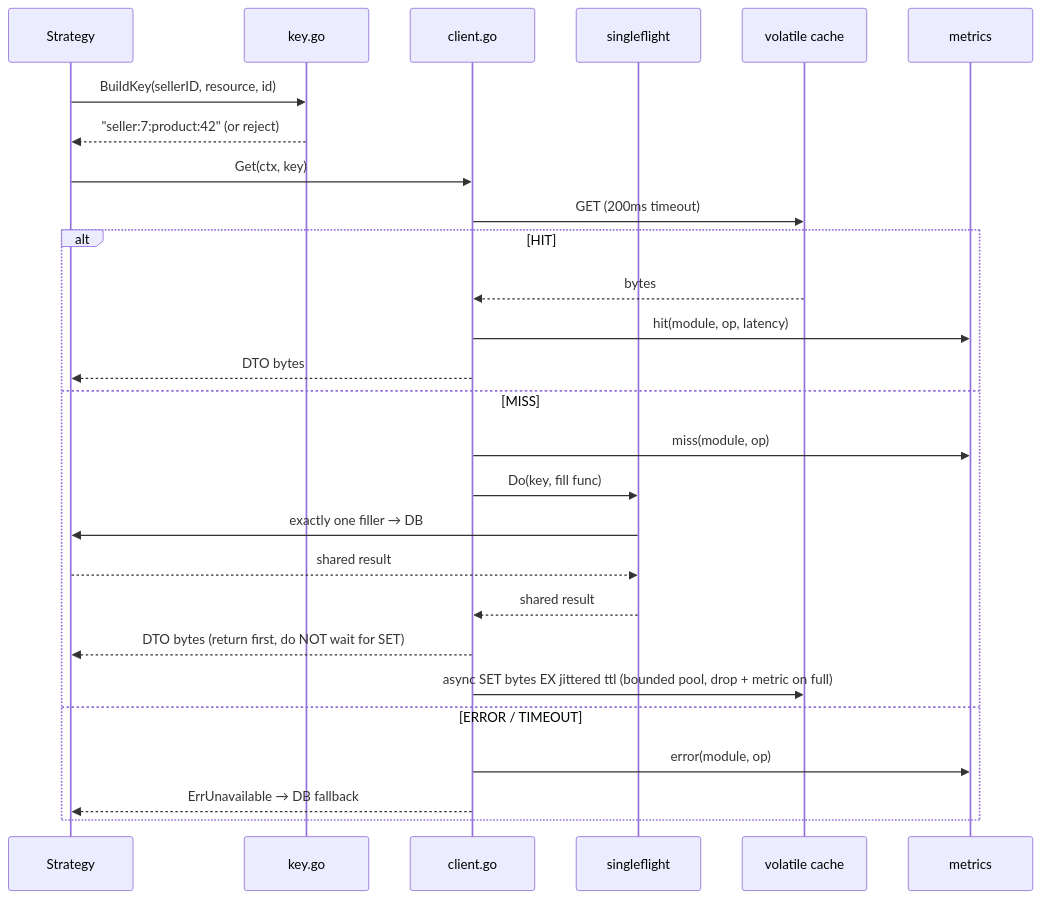
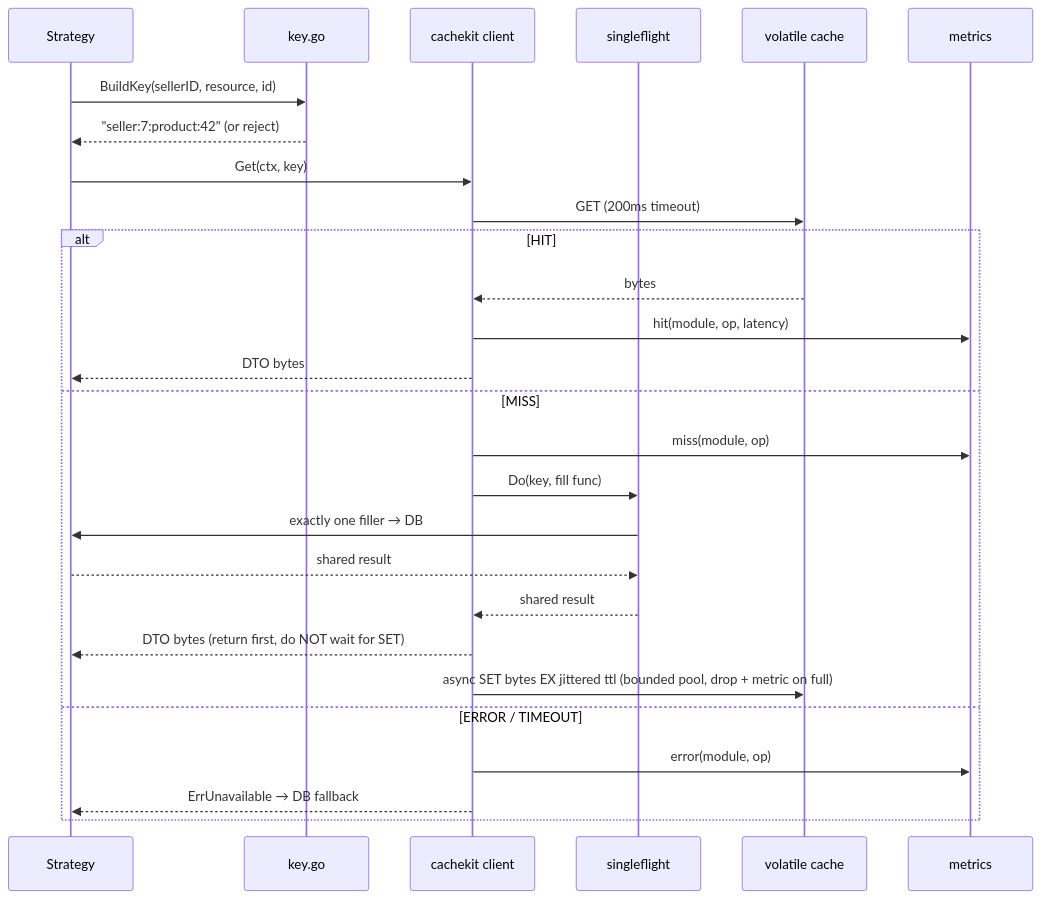
The eighth of 17 diagrams in specs/012-caching-infrastructure/pre-spec.md (Zatu-ecom/ecommerce-be), drawn with Mermaid before and after one commit. The commit also changed other lines of this file and 94 other files, not shown here.

````diff
--- a/specs/012-caching-infrastructure/pre-spec.md
+++ b/specs/012-caching-infrastructure/pre-spec.md
@@ -281,30 +283,30 @@
 ```mermaid
 sequenceDiagram
     participant S as Strategy
     participant K as key.go
-    participant C as client.go
+    participant C as cachekit client
     participant SF as singleflight
     participant R as volatile cache
     participant M as metrics
 
     S->>K: BuildKey(sellerID, resource, id)
     K-->>S: "seller:7:product:42" (or reject)
     S->>C: Get(ctx, key)
     C->>R: GET (200ms timeout)
     alt HIT
         R-->>C: bytes
         C->>M: hit(module, op, latency)
         C-->>S: DTO bytes
     else MISS
         C->>M: miss(module, op)
         C->>SF: Do(key, fill func)
         SF->>S: exactly one filler → DB
         S-->>SF: shared result
         SF-->>C: shared result
         C-->>S: DTO bytes (return first, do NOT wait for SET)
         C->>R: async SET bytes EX jittered ttl (bounded pool, drop + metric on full)
     else ERROR / TIMEOUT
         C->>M: error(module, op)
         C-->>S: ErrUnavailable → DB fallback
     end
 ```
````
